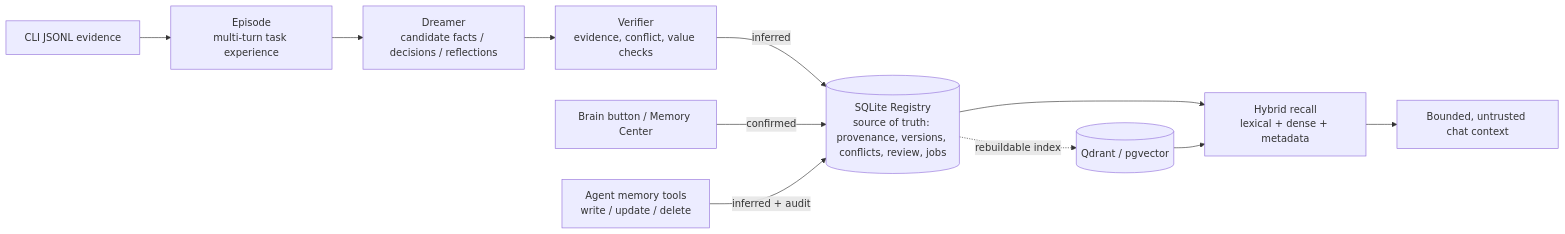
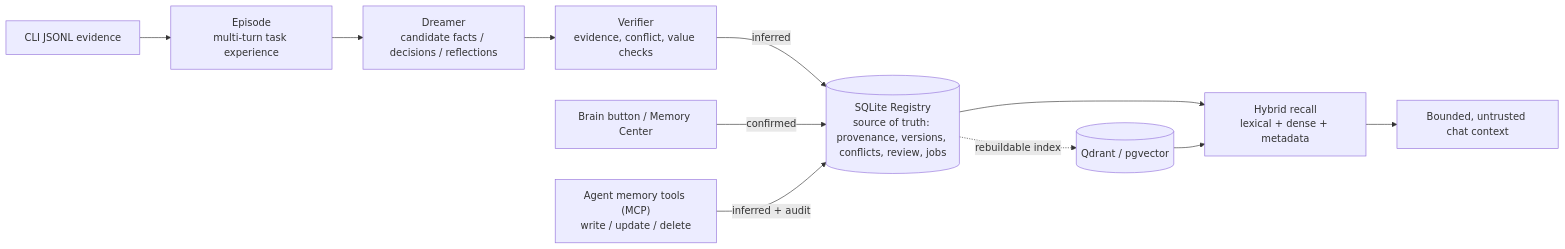
One commit to hesorchen/muselab changed the first of 6 diagrams in docs/memory.md. Above: the diagram before and after it, drawn with Mermaid. The commit also changed other lines of this file and 1 other file, not shown here.

First line of the commit message:
docs(memory): document the muselab-memory MCP server up front (#324)

````diff
--- a/docs/memory.md
+++ b/docs/memory.md
@@ -16,13 +18,13 @@
 ```mermaid
 flowchart LR
     J["CLI JSONL evidence"] --> E["Episode<br/>multi-turn task experience"]
     E --> D["Dreamer<br/>candidate facts / decisions / reflections"]
     D --> V["Verifier<br/>evidence, conflict, value checks"]
     V -->|"inferred"| R[("SQLite Registry<br/>source of truth: provenance, versions, conflicts, review, jobs")]
     U["Brain button / Memory Center"] -->|"confirmed"| R
-    A["Agent memory tools<br/>write / update / delete"] -->|"inferred + audit"| R
+    A["Agent memory tools (MCP)<br/>write / update / delete"] -->|"inferred + audit"| R
     R -.->|"rebuildable index"| X[("Qdrant / pgvector")]
     R --> H["Hybrid recall<br/>lexical + dense + metadata"]
     X --> H
     H --> C["Bounded, untrusted chat context"]
 ```
````
